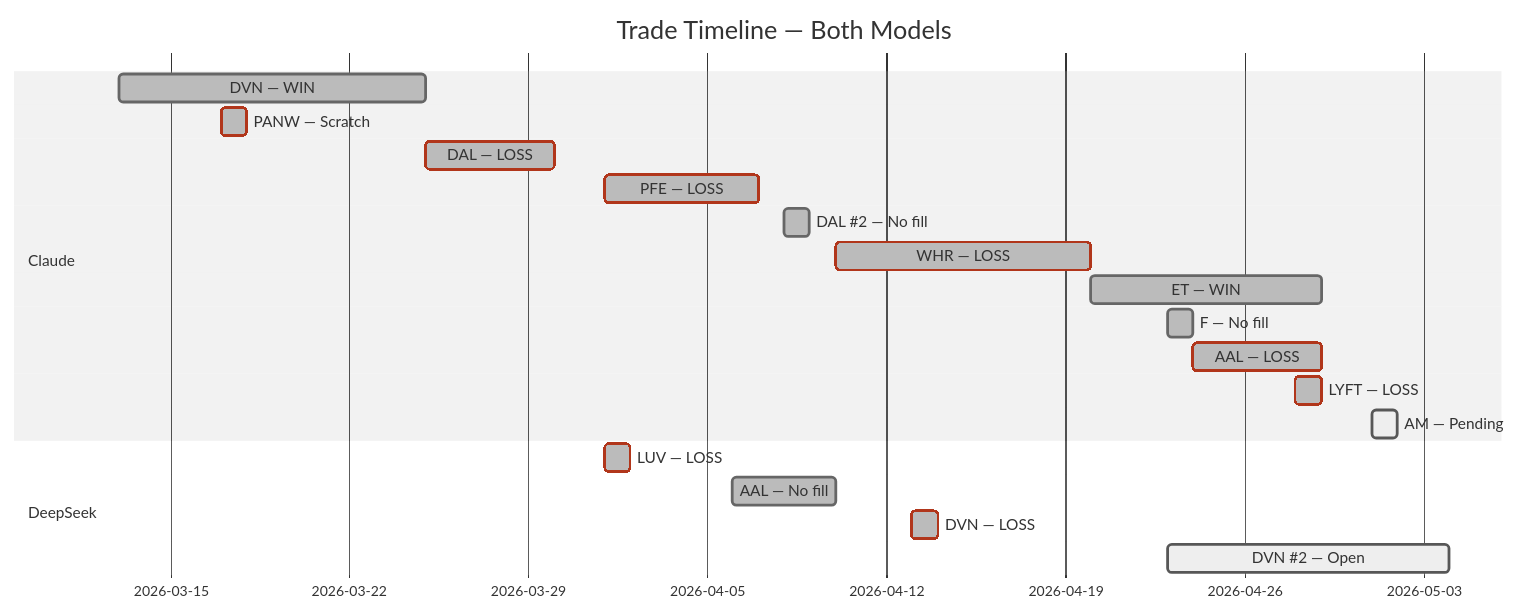
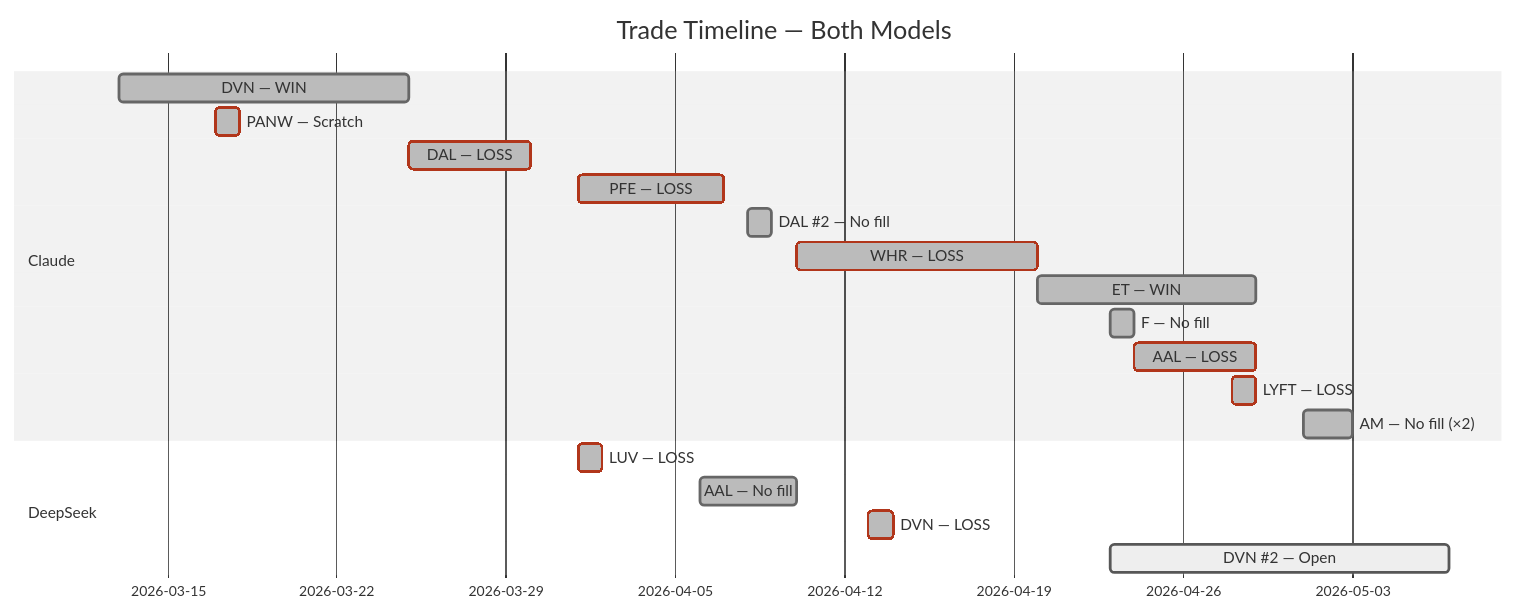
The fifth of 5 diagrams in README.md (zachisit/ai-auto-buy-thesis), drawn with Mermaid (neutral theme) before and after one commit. The commit also changed other lines of this file and 2 other files, not shown here.

Commit message:
Add 05-02/05-04 sessions; update README — Claude AM trigger lowered to $21.85 (two non-fills), DeepSeek DVN-002 day 9 HOLD at $50.81 unrealized +$66.20

````diff
--- a/README.md
+++ b/README.md
@@ -62,22 +62,22 @@
 ```mermaid
 gantt
     title Trade Timeline — Both Models
     dateFormat YYYY-MM-DD
     section Claude
     DVN — WIN            :done,    2026-03-13, 2026-03-25
     PANW — Scratch       :crit, done, 2026-03-17, 2026-03-18
     DAL — LOSS           :crit, done, 2026-03-25, 2026-03-30
     PFE — LOSS           :crit, done, 2026-04-01, 2026-04-07
     DAL #2 — No fill     :done,    2026-04-08, 2026-04-09
     WHR — LOSS           :crit, done, 2026-04-10, 2026-04-20
     ET — WIN             :done,    2026-04-20, 2026-04-29
     F — No fill          :done,    2026-04-23, 2026-04-24
     AAL — LOSS           :crit, done, 2026-04-24, 2026-04-29
     LYFT — LOSS          :crit, done, 2026-04-28, 2026-04-29
-    AM — Pending         :active,  2026-05-01, 2026-05-02
+    AM — No fill (×2)    :done,    2026-05-01, 2026-05-03
     section DeepSeek
     LUV — LOSS           :crit, done, 2026-04-01, 2026-04-02
     AAL — No fill        :done,    2026-04-06, 2026-04-10
     DVN — LOSS           :crit, done, 2026-04-13, 2026-04-14
-    DVN #2 — Open        :active,  2026-04-23, 2026-05-04
+    DVN #2 — Open        :active,  2026-04-23, 2026-05-07
 ```
````
